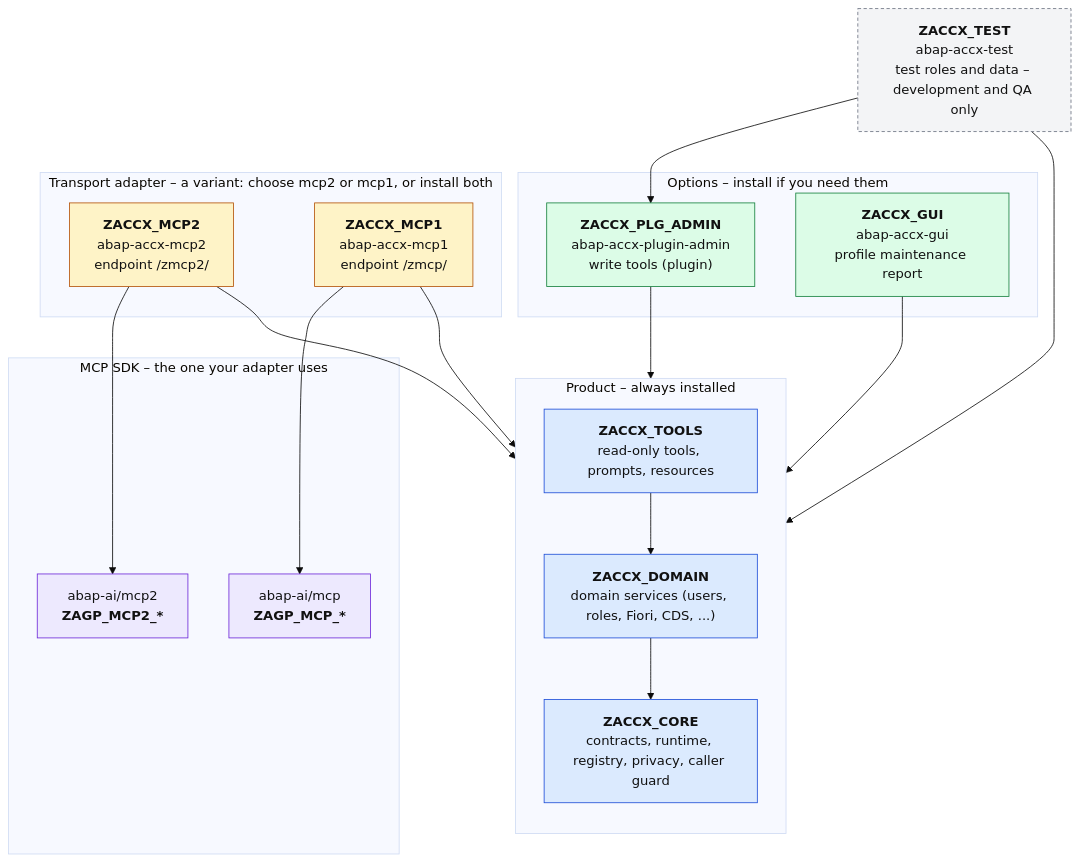
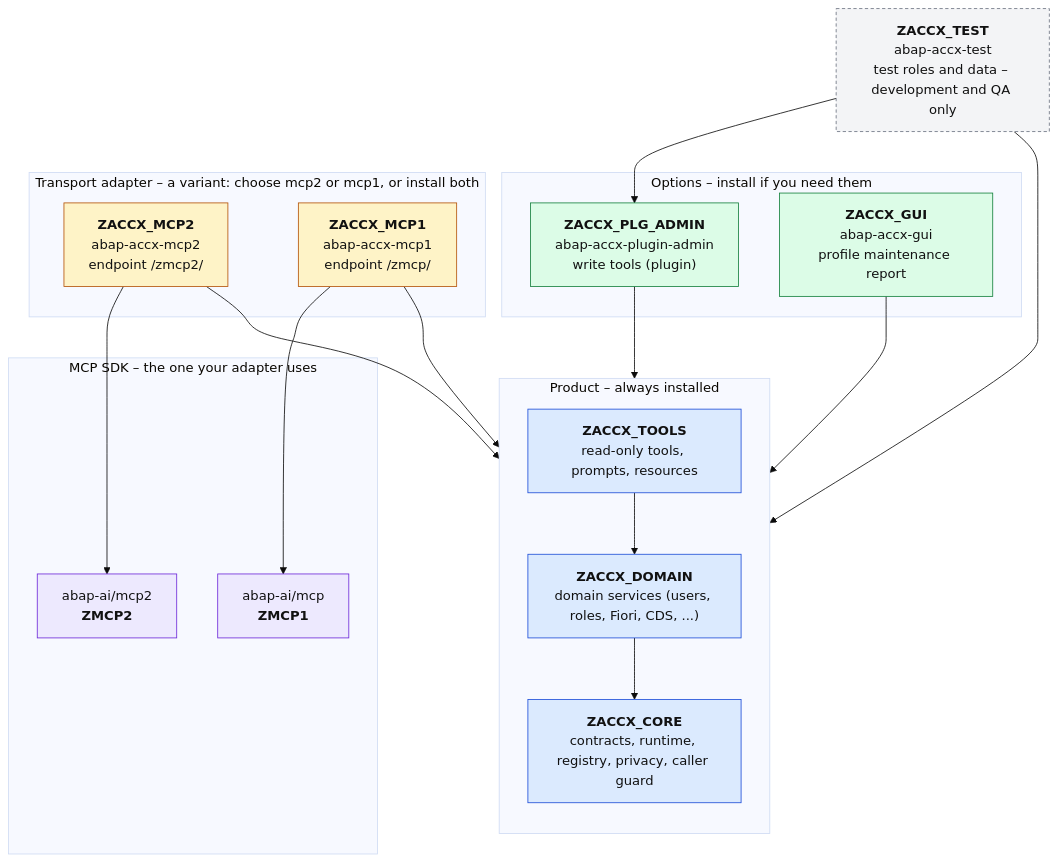
The diagram in README.md (MDJoerg/abap-accx-base), drawn with Mermaid (base theme) before and after one commit. The commit also changed 4 other files, not shown here.

Commit message:
docs: SDK packages are named ZMCP1 and ZMCP2

````diff
--- a/README.md
+++ b/README.md
@@ -52,47 +52,47 @@
 ```mermaid
 flowchart TB
     TEST["<b>ZACCX_TEST</b><br/>abap-accx-test<br/>test roles and data – development and QA only"]
 
     subgraph options["Options – install if you need them"]
         ADMIN["<b>ZACCX_PLG_ADMIN</b><br/>abap-accx-plugin-admin<br/>write tools (plugin)"]
         GUI["<b>ZACCX_GUI</b><br/>abap-accx-gui<br/>profile maintenance report"]
     end
 
     subgraph adapters["Transport adapter – a variant: choose mcp2 or mcp1, or install both"]
         MCP2["<b>ZACCX_MCP2</b><br/>abap-accx-mcp2<br/>endpoint /zmcp2/"]
         MCP1["<b>ZACCX_MCP1</b><br/>abap-accx-mcp1<br/>endpoint /zmcp/"]
     end
 
     subgraph product["Product – always installed"]
         direction TB
         TOOLS["<b>ZACCX_TOOLS</b><br/>read-only tools, prompts, resources"]
         DOMAIN["<b>ZACCX_DOMAIN</b><br/>domain services (users, roles, Fiori, CDS, ...)"]
         CORE["<b>ZACCX_CORE</b><br/>contracts, runtime, registry, privacy, caller guard"]
         TOOLS --> DOMAIN --> CORE
     end
 
     subgraph sdk["MCP SDK – the one your adapter uses"]
-        SDK2["abap-ai/mcp2<br/><b>ZAGP_MCP2_*</b>"]
-        SDK1["abap-ai/mcp<br/><b>ZAGP_MCP_*</b>"]
+        SDK2["abap-ai/mcp2<br/><b>ZMCP2</b>"]
+        SDK1["abap-ai/mcp<br/><b>ZMCP1</b>"]
     end
 
     TEST --> ADMIN
     TEST --> product
     ADMIN --> product
     GUI --> product
     MCP2 --> product
     MCP1 --> product
     MCP2 --> SDK2
     MCP1 --> SDK1
 
     classDef required fill:#dbeafe,stroke:#1d4ed8,color:#111;
     classDef variant fill:#fef3c7,stroke:#b45309,color:#111;
     classDef option fill:#dcfce7,stroke:#15803d,color:#111;
     classDef dev fill:#f3f4f6,stroke:#6b7280,color:#111,stroke-dasharray: 4 3;
     classDef ext fill:#ede9fe,stroke:#6d28d9,color:#111;
     class TOOLS,DOMAIN,CORE required;
     class MCP1,MCP2 variant;
     class ADMIN,GUI option;
     class TEST dev;
     class SDK1,SDK2 ext;
 ```
````
